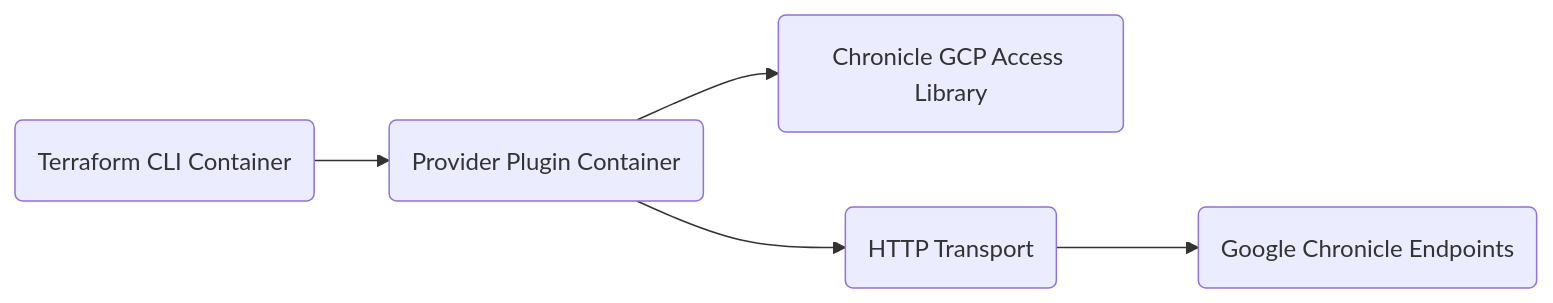
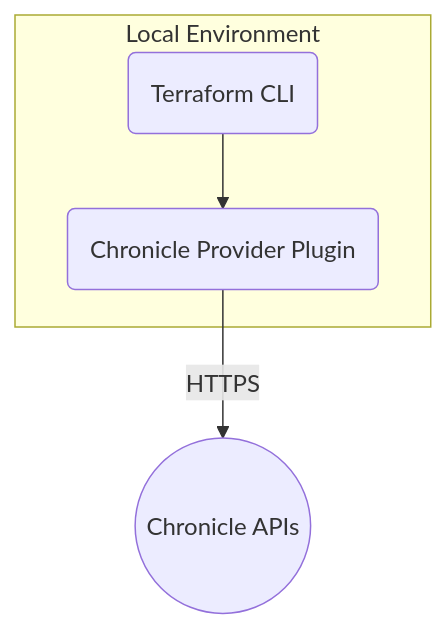
The second of 4 diagrams in examples/form3tech-oss/dir-sec-design-terraform-provider-chronicle-o1.md (xvnpw/ai-security-analyzer), drawn with Mermaid before and after one commit. The commit also changed other lines of this file and 218 other files, not shown here.

````diff
--- a/examples/form3tech-oss/dir-sec-design-terraform-provider-chronicle-o1.md
+++ b/examples/form3tech-oss/dir-sec-design-terraform-provider-chronicle-o1.md
@@ -60,7 +64,10 @@
 ```mermaid
-flowchart LR
-    A(Terraform CLI Container) --> B(Provider Plugin Container)
-    B --> C(Chronicle GCP Access Library)
-    B --> D(HTTP Transport)
-    D --> E(Google Chronicle Endpoints)
+flowchart TB
+    subgraph Local Environment
+    A(Terraform CLI)
+    B(Chronicle Provider Plugin)
+    end
+
+    A --> B
+    B -->|HTTPS| C((Chronicle APIs))
 ```
````
